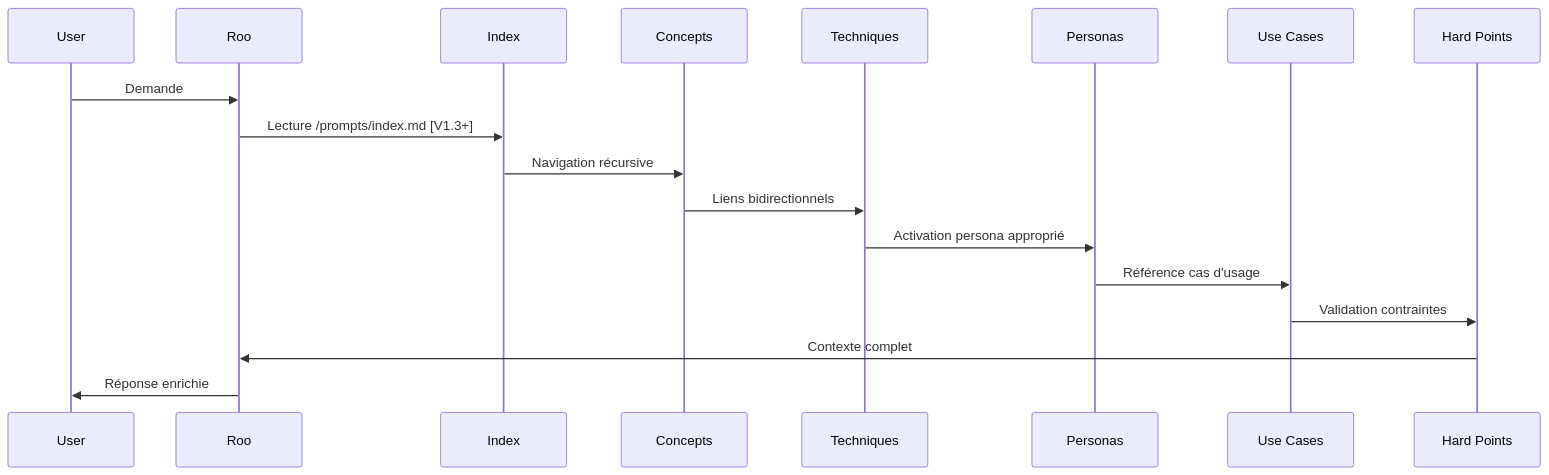
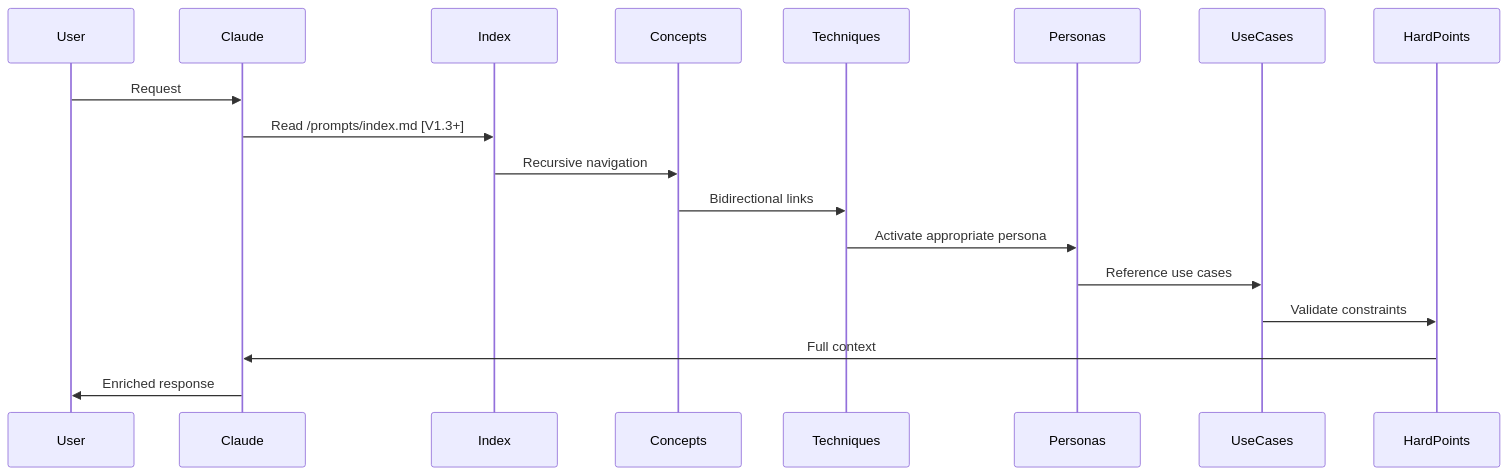
The diagram in CLAUDE.md (lcalmejane/aikido), drawn with Mermaid before and after one commit. The commit also changed other lines of this file and 159 other files, not shown here.

````diff
--- a/CLAUDE.md
+++ b/CLAUDE.md
@@ -33,12 +33,12 @@
 ```mermaid
 sequenceDiagram
-    User->>Roo: Demande
-    Roo->>Index: Lecture /prompts/index.md [V1.3+]
-    Index->>Concepts: Navigation récursive
-    Concepts->>Techniques: Liens bidirectionnels
-    Techniques->>Personas: Activation persona approprié
-    Personas->>Use Cases: Référence cas d'usage
-    Use Cases->>Hard Points: Validation contraintes
-    Hard Points->>Roo: Contexte complet
-    Roo->>User: Réponse enrichie
+    User->>Claude: Request
+    Claude->>Index: Read /prompts/index.md [V1.3+]
+    Index->>Concepts: Recursive navigation
+    Concepts->>Techniques: Bidirectional links
+    Techniques->>Personas: Activate appropriate persona
+    Personas->>UseCases: Reference use cases
+    UseCases->>HardPoints: Validate constraints
+    HardPoints->>Claude: Full context
+    Claude->>User: Enriched response
 ```
````
